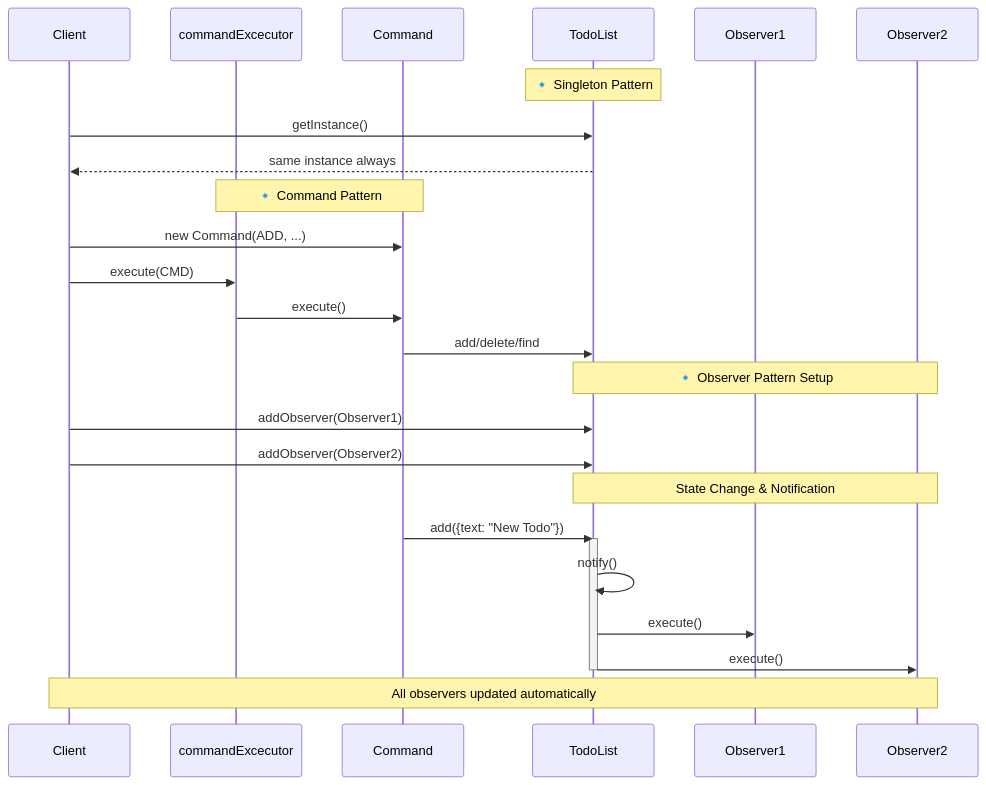
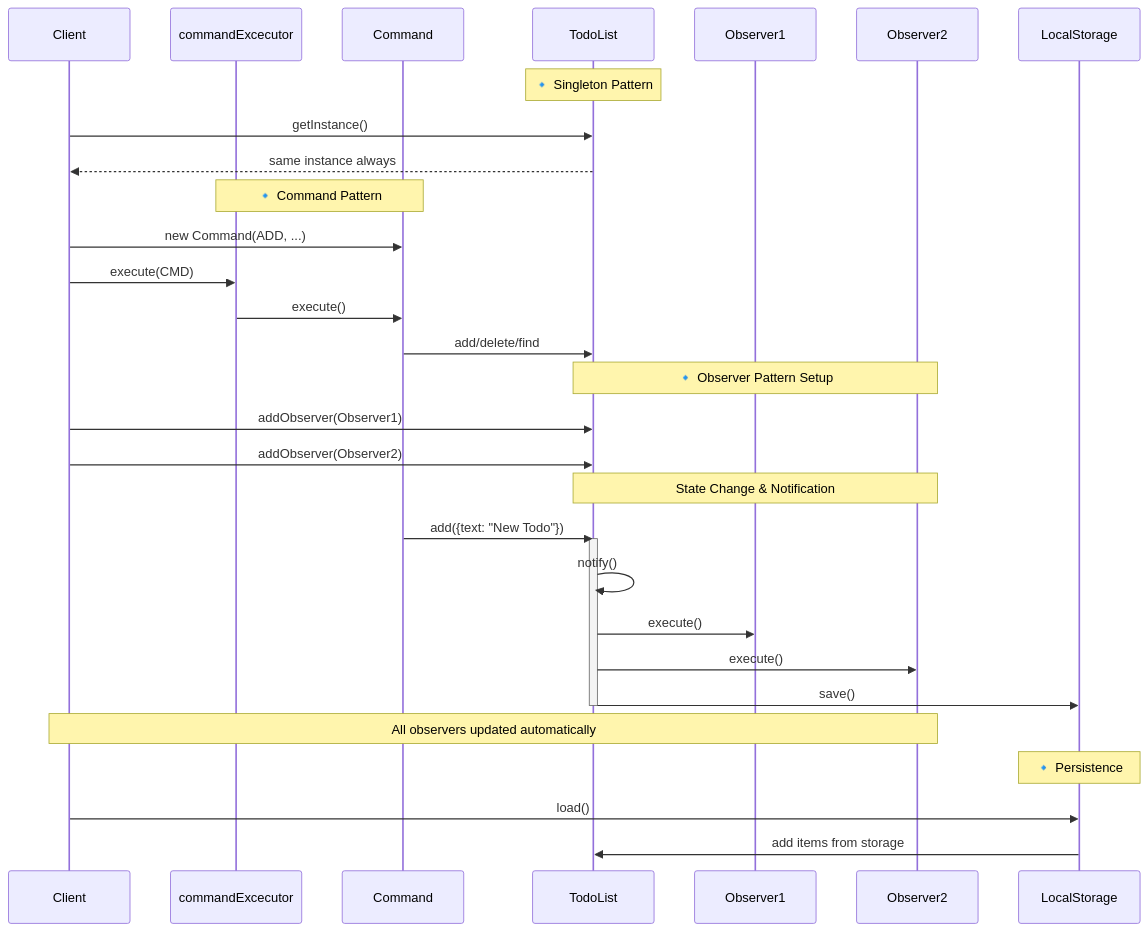
The second of 3 diagrams in README.md (Shinkei/js-todo-patterns), drawn with Mermaid before and after one commit. The commit also changed other lines of this file, not shown here.

````diff
--- a/README.md
+++ b/README.md
@@ -69,33 +78,38 @@
 ```mermaid
 sequenceDiagram
     participant C as Client
     participant CE as commandExcecutor
     participant CMD as Command
     participant TL as TodoList
     participant O1 as Observer1
     participant O2 as Observer2
 
     Note over TL: 🔹 Singleton Pattern
     C->>TL: getInstance()
     TL-->>C: same instance always
 
     Note over CE,CMD: 🔹 Command Pattern
     C->>CMD: new Command(ADD, ...)
     C->>CE: execute(CMD)
     CE->>CMD: execute()
     CMD->>TL: add/delete/find
 
     Note over TL,O2: 🔹 Observer Pattern Setup
     C->>TL: addObserver(Observer1)
     C->>TL: addObserver(Observer2)
 
     Note over TL,O2: State Change & Notification
     CMD->>TL: add({text: "New Todo"})
     activate TL
     TL->>TL: notify()
-    TL->>O1: execute()
+    TL->>O1: execute() 
     TL->>O2: execute()
+    TL->>LocalStorage: save()
     deactivate TL
 
     Note over C,O2: All observers updated automatically
+
+    Note over LocalStorage: 🔹 Persistence
+    C->>LocalStorage: load()
+    LocalStorage->>TL: add items from storage
 ```
````
